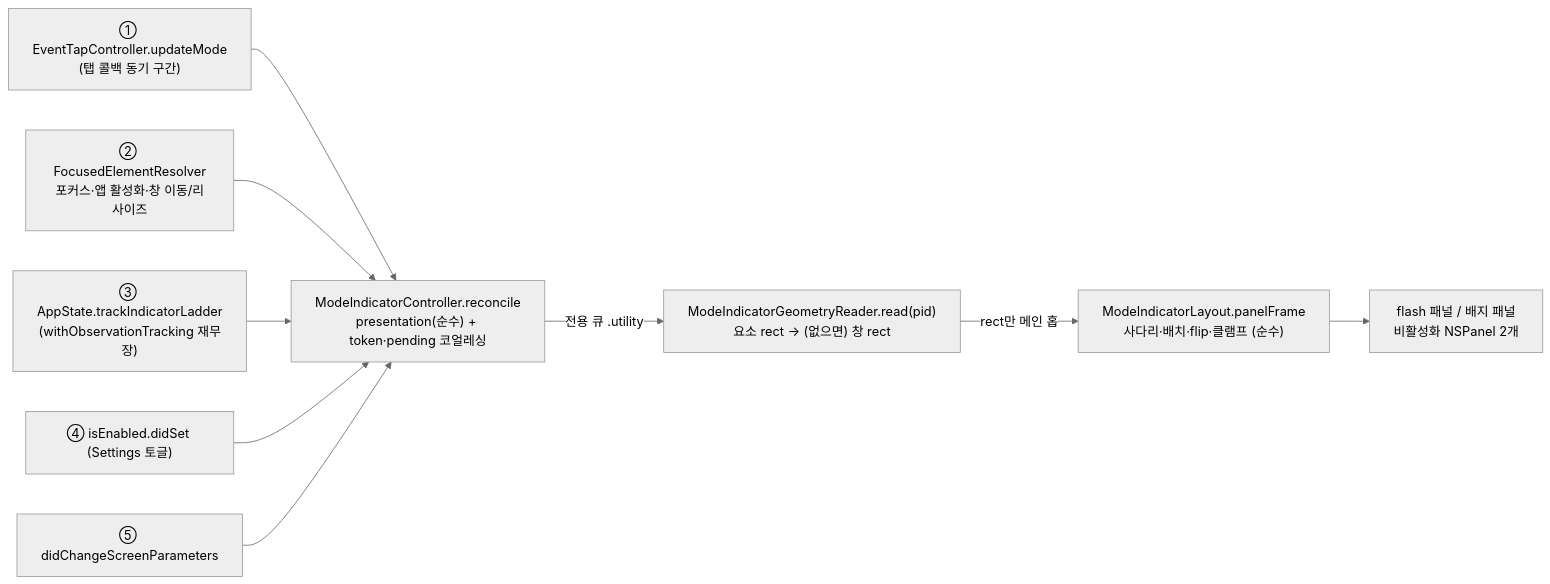
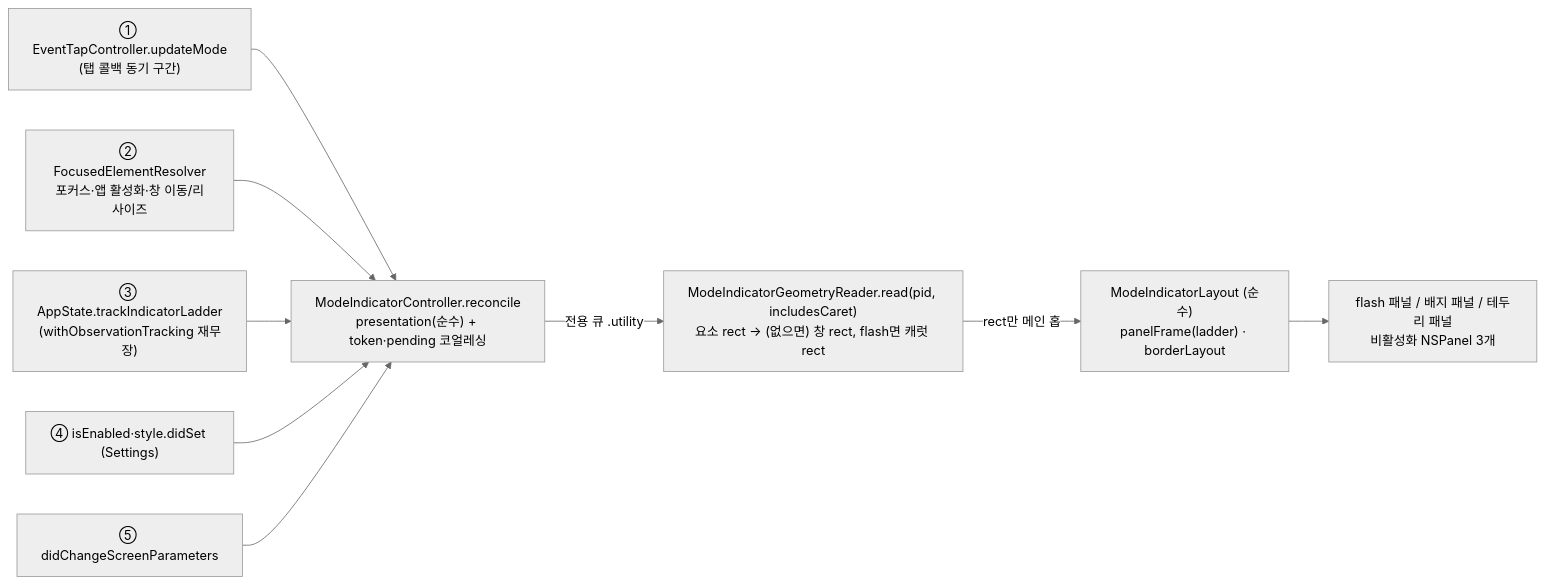
One commit to pilyang/vim-action changed the diagram in .claude/skills/architecture/references/mode-indicator-overlay.md. Above: the diagram before and after it, drawn with Mermaid (neutral theme). The commit also changed other lines of this file and 12 other files, not shown here.

First line of the commit message:
feat(app): anchor the mode flash at the caret and add a screen-border style

````diff
--- a/.claude/skills/architecture/references/mode-indicator-overlay.md
+++ b/.claude/skills/architecture/references/mode-indicator-overlay.md
@@ -9,12 +9,12 @@
 ```mermaid
 graph LR
     T1["① EventTapController.updateMode<br/>(탭 콜백 동기 구간)"] --> R
     T2["② FocusedElementResolver<br/>포커스·앱 활성화·창 이동/리사이즈"] --> R
     T3["③ AppState.trackIndicatorLadder<br/>(withObservationTracking 재무장)"] --> R
-    T4["④ isEnabled.didSet (Settings 토글)"] --> R
+    T4["④ isEnabled·style.didSet (Settings)"] --> R
     T5["⑤ didChangeScreenParameters"] --> R
     R["ModeIndicatorController.reconcile<br/>presentation(순수) + token·pending 코얼레싱"]
-    R -->|전용 큐 .utility| G["ModeIndicatorGeometryReader.read(pid)<br/>요소 rect → (없으면) 창 rect"]
-    G -->|rect만 메인 홉| L["ModeIndicatorLayout.panelFrame<br/>사다리·배치·flip·클램프 (순수)"]
-    L --> P["flash 패널 / 배지 패널<br/>비활성화 NSPanel 2개"]
+    R -->|전용 큐 .utility| G["ModeIndicatorGeometryReader.read(pid, includesCaret)<br/>요소 rect → (없으면) 창 rect, flash면 캐럿 rect"]
+    G -->|rect만 메인 홉| L["ModeIndicatorLayout (순수)<br/>panelFrame(ladder) · borderLayout"]
+    L --> P["flash 패널 / 배지 패널 / 테두리 패널<br/>비활성화 NSPanel 3개"]
 ```
````
